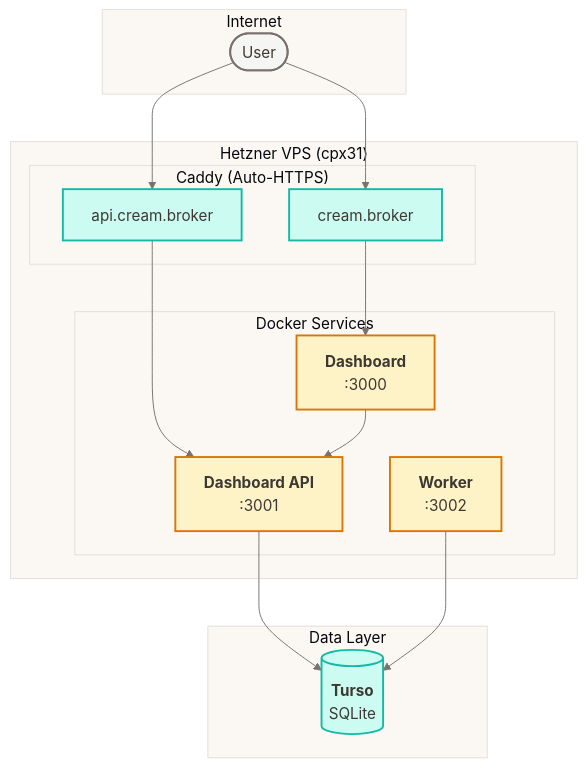
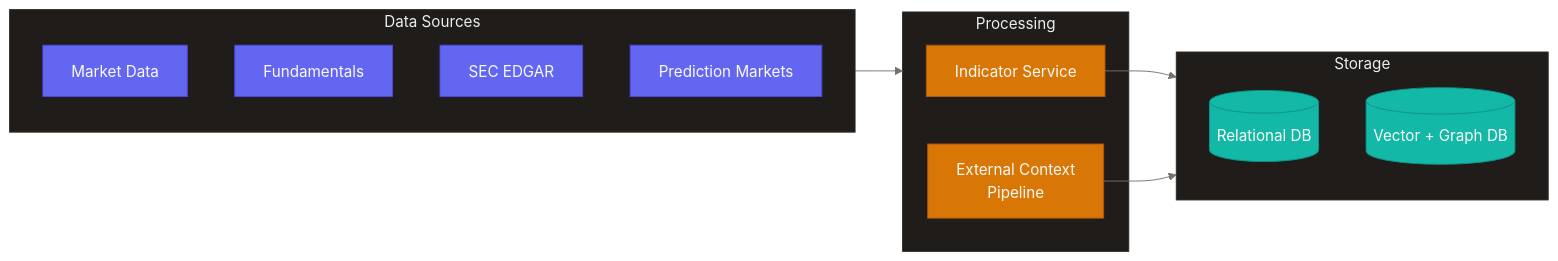
One commit to ccheney/cream changed the third of 3 diagrams in PROJECT.md. Above: the diagram before and after it, drawn with Mermaid. The commit also changed other lines of this file, not shown here.

````diff
--- a/PROJECT.md
+++ b/PROJECT.md
@@ -543,44 +265,45 @@
 ```mermaid
-%%{init: {'theme': 'base', 'themeVariables': { 'primaryColor': '#FEF3C7', 'primaryTextColor': '#3D3832', 'lineColor': '#78716C', 'tertiaryColor': '#FBF8F3'}}}%%
-flowchart TB
-    subgraph Internet["Internet"]
-        User([User])
+%%{init: {'theme': 'base', 'themeVariables': {
+  'primaryColor': '#D97706',
+  'primaryTextColor': '#FAFAF9',
+  'primaryBorderColor': '#B45309',
+  'lineColor': '#78716C',
+  'secondaryColor': '#1F1C1A',
+  'tertiaryColor': '#141211',
+  'background': '#0C0A09',
+  'mainBkg': '#141211',
+  'textColor': '#D6D3D1',
+  'clusterBkg': '#1F1C1A',
+  'clusterBorder': '#2D2926'
+}}}%%
+flowchart LR
+    subgraph Sources["Data Sources"]
+        Market["Market Data"]
+        Fund["Fundamentals"]
+        EDGAR["SEC EDGAR"]
+        Predict["Prediction Markets"]
     end
 
-    subgraph Hetzner["Hetzner VPS (cpx31)"]
-        subgraph Caddy["Caddy (Auto-HTTPS)"]
-            Route1["cream.broker"]
-            Route2["api.cream.broker"]
-        end
-
-        subgraph Services["Docker Services"]
-            Dashboard["`**Dashboard**
-            :3000`"]
-            DashAPI["`**Dashboard API**
-            :3001`"]
-            Worker["`**Worker**
-            :3002`"]
-        end
+    subgraph Processing["Processing"]
+        Ind["Indicator Service"]
+        Ext["`External Context
+        Pipeline`"]
     end
 
-    subgraph Data["Data Layer"]
-        Turso[("`**Turso**
-        SQLite`")]
+    subgraph Storage["Storage"]
+        Relational[("Relational DB")]
+        VectorGraph[("Vector + Graph DB")]
     end
 
-    User --> Route1 --> Dashboard
-    User --> Route2 --> DashAPI
-    Dashboard --> DashAPI
-    DashAPI --> Turso
-    Worker --> Turso
+    Sources --> Processing
+    Ind --> Storage
+    Ext --> Storage
 
-    classDef internet fill:#F5F5F4,stroke:#78716C,stroke-width:2px,color:#3D3832
-    classDef caddy fill:#CCFBF1,stroke:#14B8A6,stroke-width:2px,color:#3D3832
-    classDef service fill:#FEF3C7,stroke:#D97706,stroke-width:2px,color:#3D3832
-    classDef data fill:#CCFBF1,stroke:#14B8A6,stroke-width:2px,color:#3D3832
+    classDef source fill:#6366F1,stroke:#4F46E5,color:#FAFAF9
+    classDef process fill:#D97706,stroke:#B45309,color:#FAFAF9
+    classDef storage fill:#14B8A6,stroke:#0D9488,color:#FAFAF9
 
-    class User internet
-    class Route1,Route2 caddy
-    class Dashboard,DashAPI,Worker service
-    class Turso data
+    class Market,Fund,EDGAR,Predict source
+    class Ind,Ext process
+    class Relational,VectorGraph storage
 ```
````
